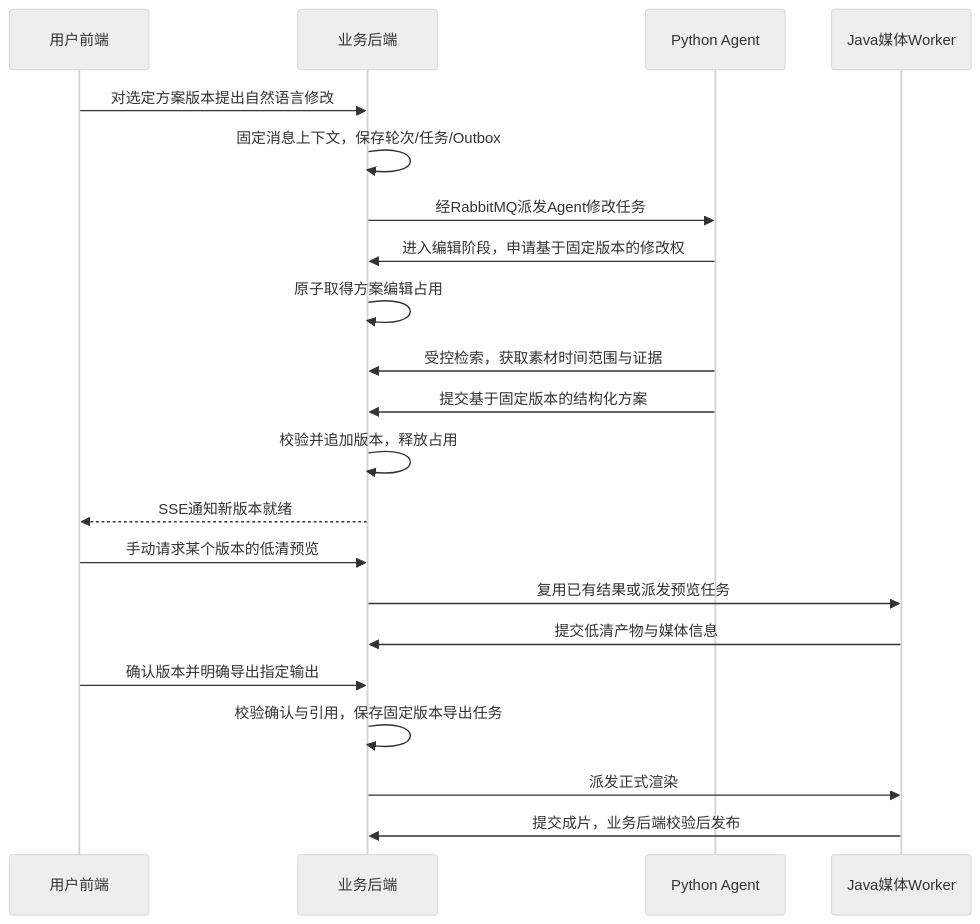
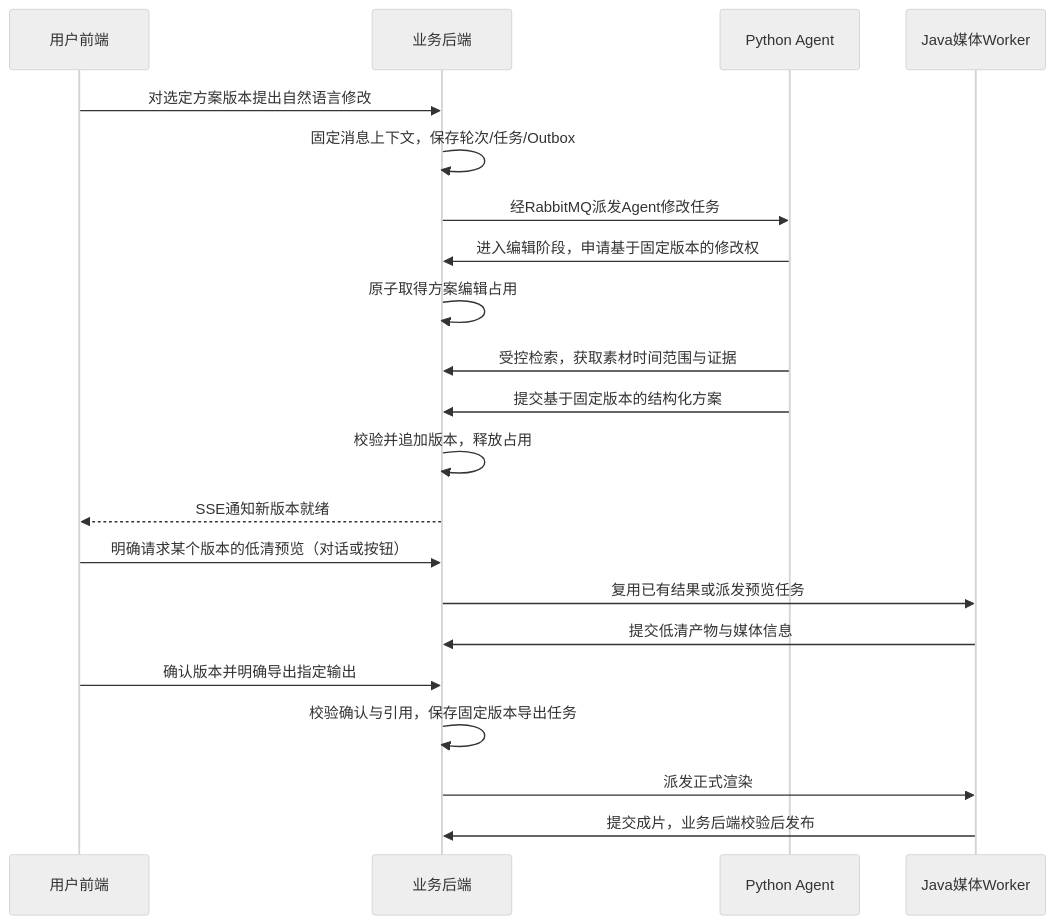
The third of 3 diagrams in docs/architecture.md (Hou1464851806/AgenticVideoProject), drawn with Mermaid (neutral theme) before and after one commit. The commit also changed other lines of this file and 14 other files, not shown here.

Commit message:
docs: 用对话流程统一所有功能（意图识别）

````diff
--- a/docs/architecture.md
+++ b/docs/architecture.md
@@ -112,23 +120,23 @@
 ```mermaid
 sequenceDiagram
     participant U as 用户前端
     participant B as 业务后端
     participant A as Python Agent
     participant W as Java媒体Worker
     U->>B: 对选定方案版本提出自然语言修改
     B->>B: 固定消息上下文，保存轮次/任务/Outbox
     B->>A: 经RabbitMQ派发Agent修改任务
     A->>B: 进入编辑阶段，申请基于固定版本的修改权
     B->>B: 原子取得方案编辑占用
     A->>B: 受控检索，获取素材时间范围与证据
     A->>B: 提交基于固定版本的结构化方案
     B->>B: 校验并追加版本，释放占用
     B-->>U: SSE通知新版本就绪
-    U->>B: 手动请求某个版本的低清预览
+    U->>B: 明确请求某个版本的低清预览（对话或按钮）
     B->>W: 复用已有结果或派发预览任务
     W->>B: 提交低清产物与媒体信息
     U->>B: 确认版本并明确导出指定输出
     B->>B: 校验确认与引用，保存固定版本导出任务
     B->>W: 派发正式渲染
     W->>B: 提交成片，业务后端校验后发布
 ```
````
